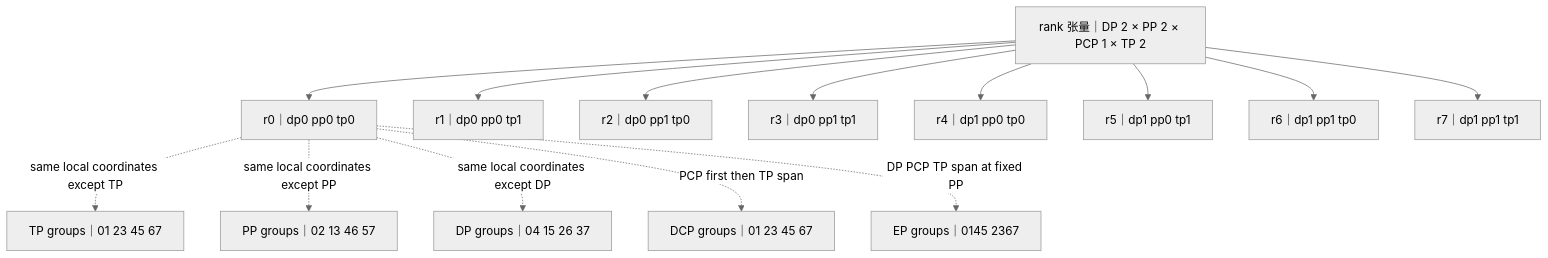
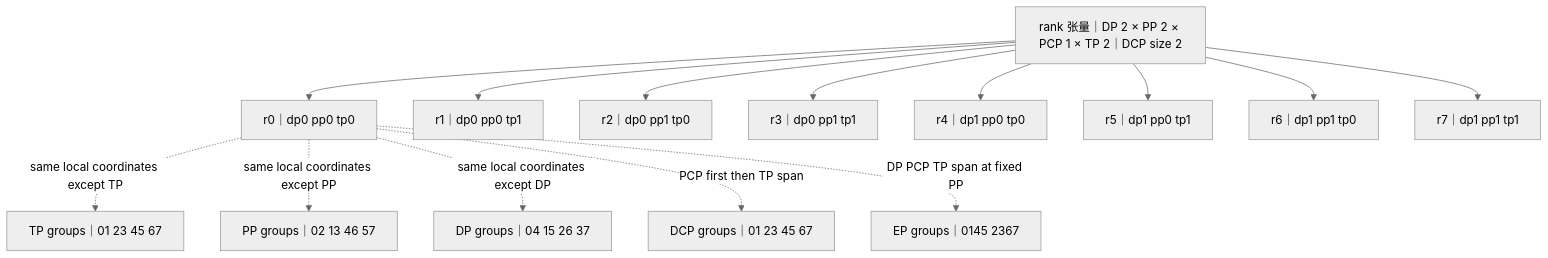
Before and after one commit to suhaibo666/llm-knowledge: the first of 2 diagrams in wiki/02_engineering/03_infer_frameworks/vllm/22_vllm_distributed_inference_analysis.md, drawn with Mermaid (neutral theme). The commit also changed other lines of this file, not shown here.

Commit message:
docs(vllm): correct distributed inference diagrams

````diff
--- a/wiki/02_engineering/03_infer_frameworks/vllm/22_vllm_distributed_inference_analysis.md
+++ b/wiki/02_engineering/03_infer_frameworks/vllm/22_vllm_distributed_inference_analysis.md
@@ -32,25 +32,25 @@
 ```mermaid
 flowchart TB
-    L[rank 张量｜DP 2 × PP 2 × PCP 1 × TP 2]
+    L[rank 张量｜DP 2 × PP 2 × PCP 1 × TP 2｜DCP size 2]
     R0[r0｜dp0 pp0 tp0]
     R1[r1｜dp0 pp0 tp1]
     R2[r2｜dp0 pp1 tp0]
     R3[r3｜dp0 pp1 tp1]
     R4[r4｜dp1 pp0 tp0]
     R5[r5｜dp1 pp0 tp1]
     R6[r6｜dp1 pp1 tp0]
     R7[r7｜dp1 pp1 tp1]
     L --> R0 & R1 & R2 & R3 & R4 & R5 & R6 & R7
 
     TP[TP groups｜01 23 45 67]
     PP[PP groups｜02 13 46 57]
     DP[DP groups｜04 15 26 37]
     DCP[DCP groups｜01 23 45 67]
     EP[EP groups｜0145 2367]
 
-    R0 -. same local coordinates except TP .-> TP
-    R0 -. same local coordinates except PP .-> PP
-    R0 -. same local coordinates except DP .-> DP
-    R0 -. PCP first then TP span .-> DCP
-    R0 -. DP PCP TP span at fixed PP .-> EP
+    R0 -.->|same local coordinates except TP| TP
+    R0 -.->|same local coordinates except PP| PP
+    R0 -.->|same local coordinates except DP| DP
+    R0 -.->|PCP first then TP span| DCP
+    R0 -.->|DP PCP TP span at fixed PP| EP
 ```
````
